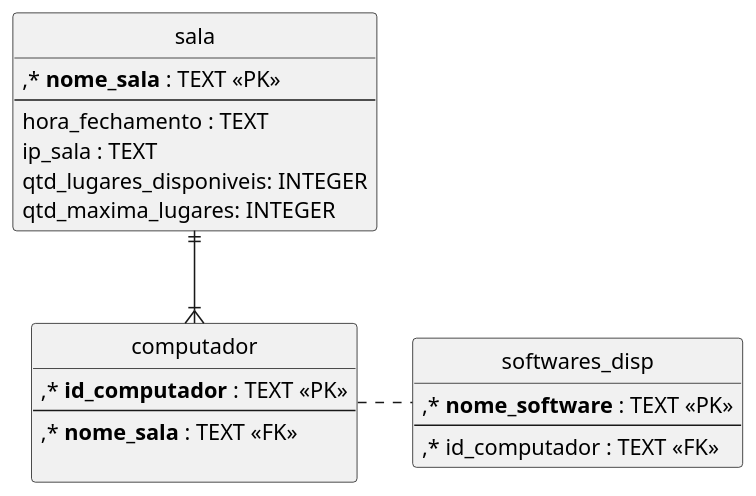
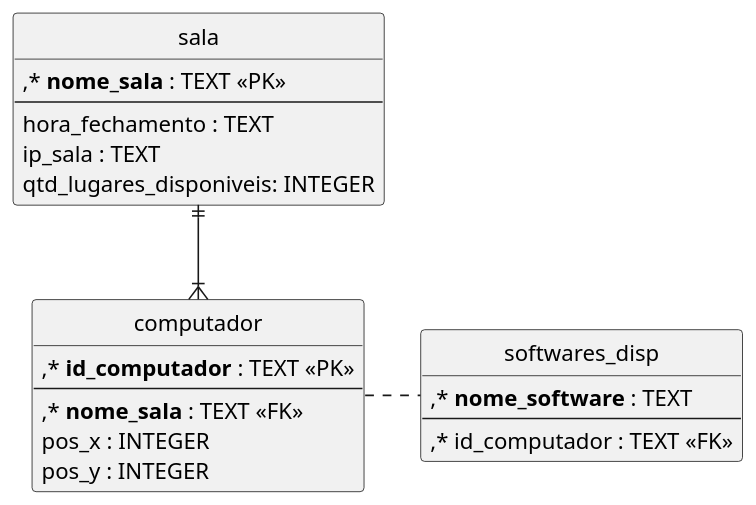
Before and after one commit to sociedade-do-pastel/softeiros: the diagram in docs/diagrama_relacional.org, drawn with PlantUML. The commit also changed 7 other files, not shown here.

Commit message:
Aprimorado wrapper do database e corrigidos diagramas

```diff
--- a/docs/diagrama_relacional.org
+++ b/docs/diagrama_relacional.org
@@ -3,29 +3,29 @@
 #+begin_src plantuml :file ../imgs/diagramo_rel.png :exports results
   scale 600*900
   hide circle
   entity sala {
 	  ,* **nome_sala** : TEXT <<PK>>
 	  --
 	  hora_fechamento : TEXT 
 	  ip_sala : TEXT
 	  qtd_lugares_disponiveis: INTEGER
-	  qtd_maxima_lugares: INTEGER
   }
 
   entity computador {
 	  ,* **id_computador** : TEXT <<PK>>
 	  --
 	  ,* **nome_sala** : TEXT <<FK>>
-
+	  pos_x : INTEGER
+	  pos_y : INTEGER
   }
 
   entity softwares_disp {
-	  ,* **nome_software** : TEXT <<PK>>
+	  ,* **nome_software** : TEXT 
 	  --
 	  ,* id_computador : TEXT <<FK>>
   }
 
   sala ||--|{ computador
   computador . softwares_disp
 
 #+end_src
```
